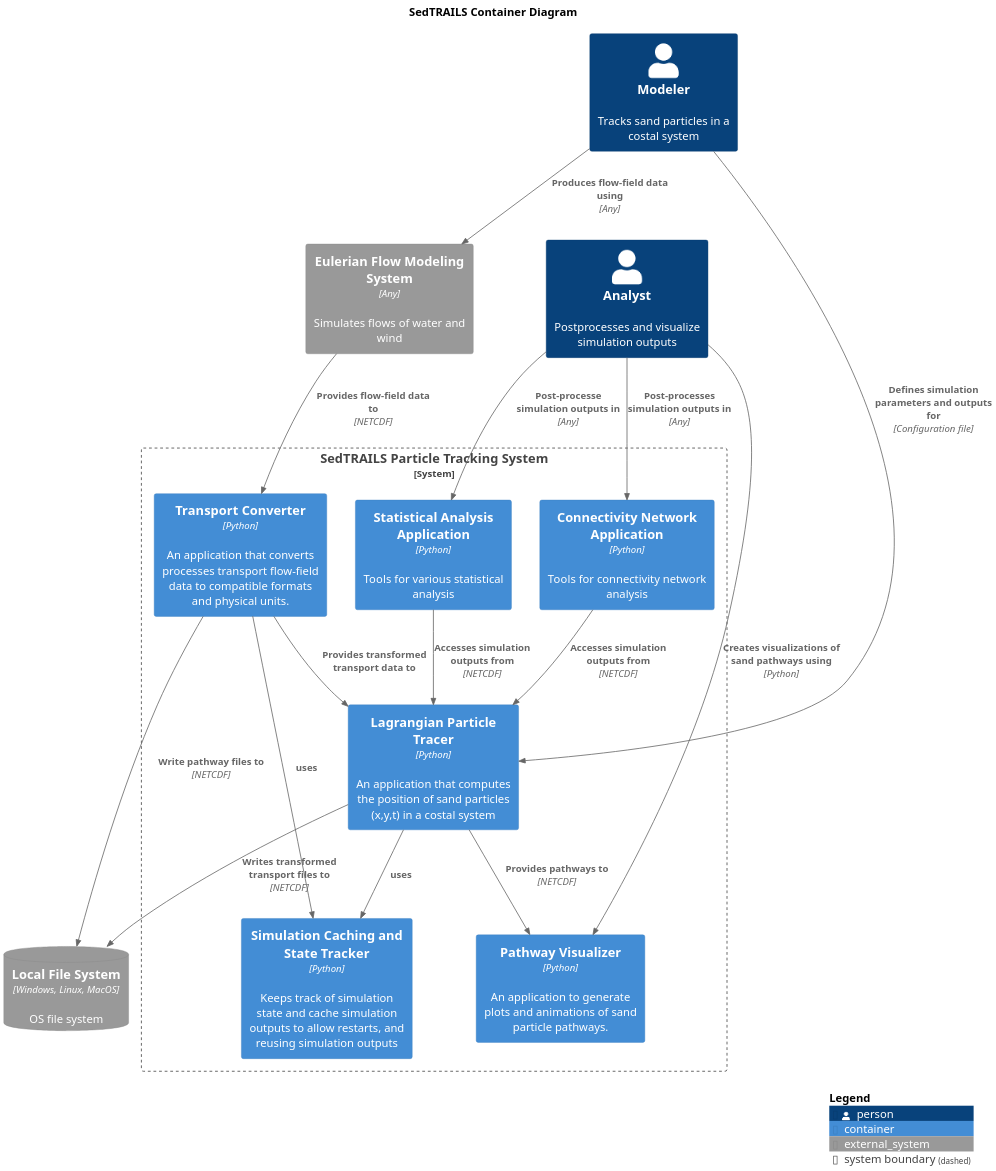
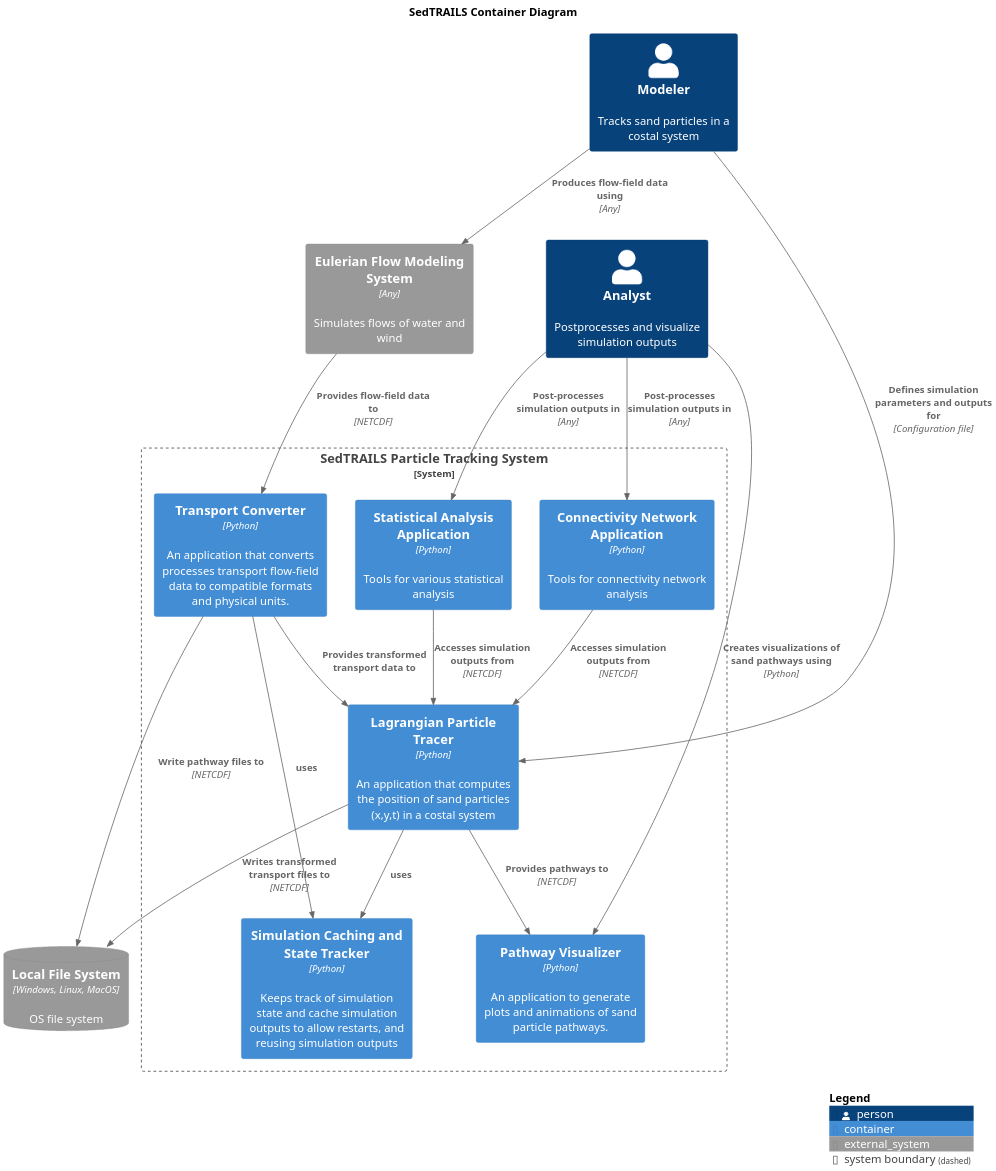
One commit to sgpearson17/sedtrails-sgp changed the diagram in diagrams/containers.puml. Above: the diagram before and after it, drawn with PlantUML. The commit also changed 4 other files, not shown here.

Commit message:
Add diagram outputs

```diff
--- a/diagrams/containers.puml
+++ b/diagrams/containers.puml
@@ -1,44 +1,44 @@
 @startuml SedtrailContainer
 !include ./c4/C4_Container.puml
 
 title SedTRAILS Container Diagram
 scale 2
 
 Person(modeler, "Modeler", "Tracks sand particles in a costal system")
 Person(analyst, "Analyst", "Postprocesses and visualize simulation outputs")
 
 System_Boundary(sedtrailsSystem, "SedTRAILS Particle Tracking System"){ 
     Container(sedtrailsTracer, "Lagrangian Particle Tracer", "Python", "An application that computes the position of sand particles (x,y,t) in a costal system")
     Container(transportConverter, "Transport Converter", "Python", "An application that converts processes transport flow-field data to compatible formats and physical units.")
     Container(pathwayVisualizer, "Pathway Visualizer", "Python", "An application to generate plots and animations of sand particle pathways.")
     Container(cache, "Simulation Caching and State Tracker", "Python", "Keeps track of simulation state and cache simulation outputs to allow restarts, and reusing simulation outputs")
 
     Container(connectivityNetworkSys, "Connectivity Network Application", "Python", "Tools for connectivity network analysis")
     Container(statisticsSys, "Statistical Analysis Application", "Python", "Tools for various statistical analysis")
     
     Rel(transportConverter, sedtrailsTracer, "Provides transformed transport data to")
     Rel(sedtrailsTracer, pathwayVisualizer, "Provides pathways to", "NETCDF")
     Rel(sedtrailsTracer, cache,  "uses")
     Rel(transportConverter, cache,  "uses")
 }
 
 System_Ext(flowSystem, "Eulerian Flow Modeling System", "Simulates flows of water and wind", $type="Any")
 
 
 SystemDb_Ext(fileSystem, "Local File System", "OS file system", $type="Windows, Linux, MacOS")
 Rel(sedtrailsTracer, fileSystem, "Writes transformed transport files to", "NETCDF")
 Rel(transportConverter, fileSystem, "Write pathway files to", "NETCDF")
 
 Rel(modeler, sedtrailsTracer, "Defines simulation parameters and outputs for", "Configuration file")
 Rel(connectivityNetworkSys, sedtrailsTracer, "Accesses simulation outputs from", "NETCDF")
 Rel(statisticsSys, sedtrailsTracer, "Accesses simulation outputs from", "NETCDF")
 Rel(analyst, pathwayVisualizer, "Creates visualizations of sand pathways using", "Python")
 Rel(analyst, connectivityNetworkSys, "Post-processes simulation outputs in", "Any")
-Rel(analyst, statisticsSys, "Post-processe simulation outputs in", "Any")
+Rel(analyst, statisticsSys, "Post-processes simulation outputs in", "Any")
 
 Rel(modeler, flowSystem, "Produces flow-field data using", "Any")
 Rel(flowSystem, transportConverter, "Provides flow-field data to ", "NETCDF")
 
 
 SHOW_LEGEND()
 @enduml
```
